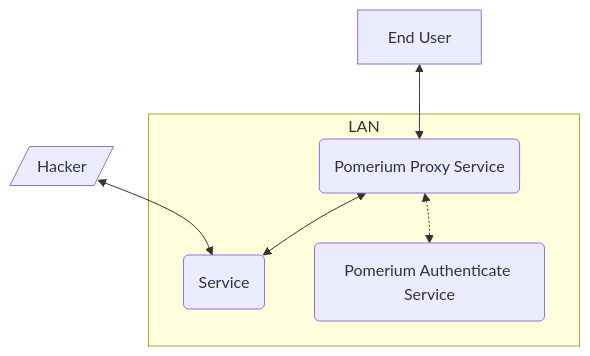
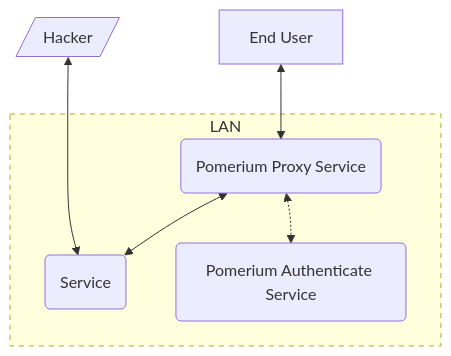
The second of 9 diagrams in docs/docs/topics/mutual-auth.md (pomerium/pomerium), drawn with Mermaid before and after one commit. The commit also changed other lines of this file and 5 other files, not shown here.

Commit message:
Add mTLS and update some charts

````diff
--- a/docs/docs/topics/mutual-auth.md
+++ b/docs/docs/topics/mutual-auth.md
@@ -42,14 +44,15 @@
 ```mermaid
 flowchart TD
     D[End User]
     D <--> A
     E[/Hacker/]
-    E<-->C
+    E<--->C
     subgraph LAN
+    style LAN stroke-dasharray: 5 5
     A(Pomerium Proxy Service)
     B(Pomerium Authenticate Service)
     A <-.-> B
     C(Service)
     A <--> C
     end
 ```
````
